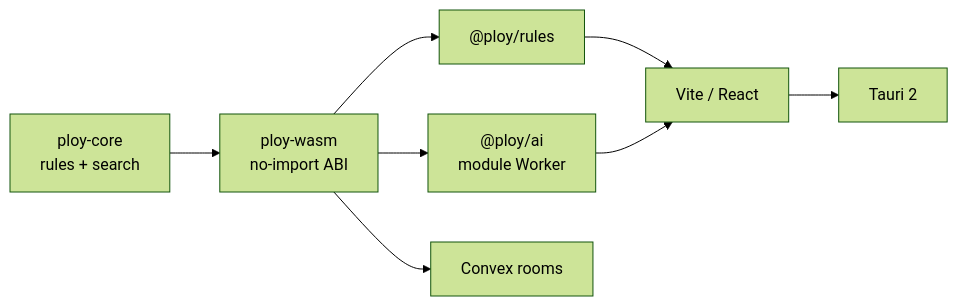
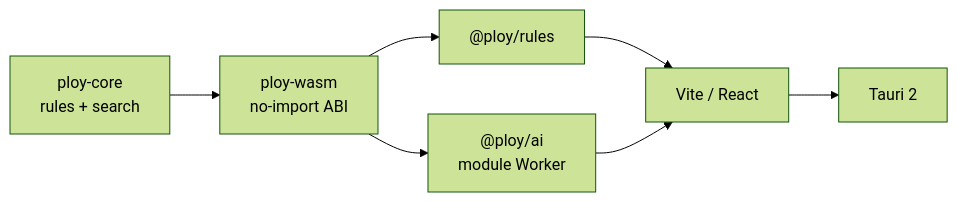
Before and after one commit to J0nrages/Ploy: the diagram in README.md, drawn with Mermaid (forest theme). The commit also changed other lines of this file and 39 other files, not shown here.

````diff
--- a/README.md
+++ b/README.md
@@ -139,18 +80,16 @@
 ```mermaid
 flowchart LR
     Core["ploy-core<br/>rules + search"]
     Wasm["ploy-wasm<br/>no-import ABI"]
     Rules["@ploy/rules"]
     AI["@ploy/ai<br/>module Worker"]
     Web["Vite / React"]
     Desktop["Tauri 2"]
-    Convex["Convex rooms"]
 
     Core --> Wasm
     Wasm --> Rules
     Wasm --> AI
     Rules --> Web
     AI --> Web
     Web --> Desktop
-    Wasm --> Convex
 ```
````
